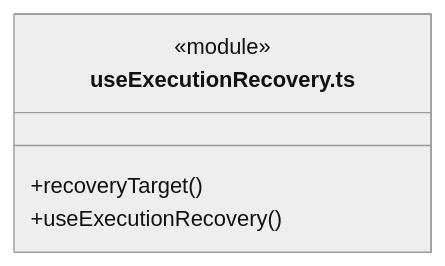
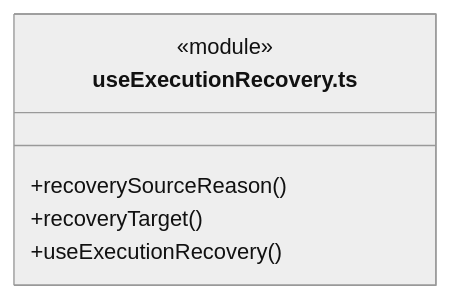
Diagram 38 of 56 in src/frontend/tasks/ARCHITECTURE.md (nan023062/cbim), drawn with Mermaid (neutral theme) before and after one commit. The commit also changed other lines of this file and 21 other files, not shown here.

````diff
--- a/src/frontend/tasks/ARCHITECTURE.md
+++ b/src/frontend/tasks/ARCHITECTURE.md
@@ -766,8 +784,9 @@
 ```mermaid
 classDiagram
 class N_src_frontend_tasks_useExecutionRecovery_ts["useExecutionRecovery.ts"] {
   <<module>>
+  +recoverySourceReason()
   +recoveryTarget()
   +useExecutionRecovery()
 }
 ```
````
